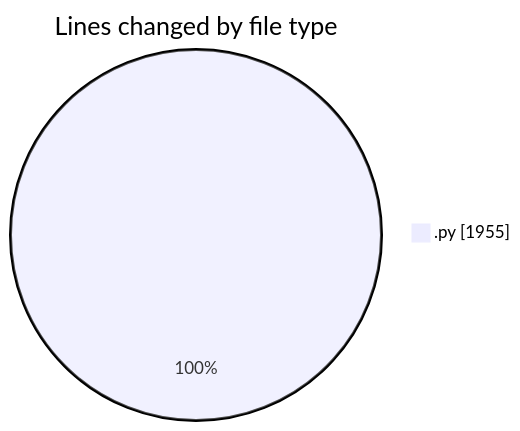
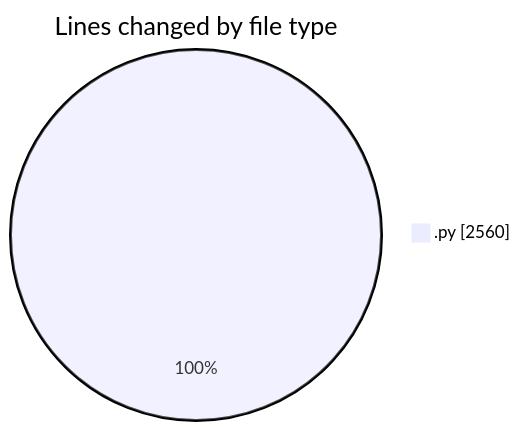
One commit to julien-gomy/code-tracking changed the first of 2 diagrams in 2025-11-25/eventscop-api-guide__workspace_/README.md. Above: the diagram before and after it, drawn with Mermaid. The commit also changed other lines of this file and 1 other file, not shown here.

````diff
--- a/2025-11-25/eventscop-api-guide__workspace_/README.md
+++ b/2025-11-25/eventscop-api-guide__workspace_/README.md
@@ -23,5 +24,5 @@
 ```mermaid
 pie showData
 title Lines changed by file type
-".py" : 1955
+".py" : 2560
 ```
````
